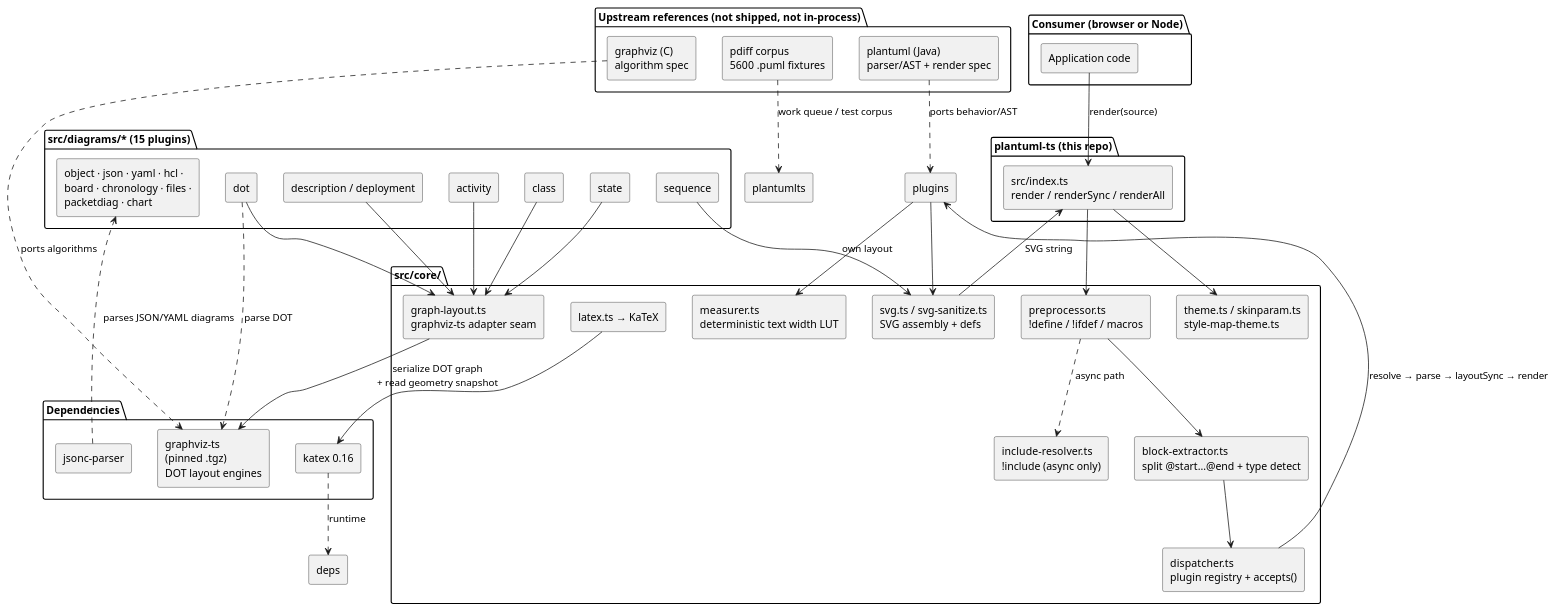
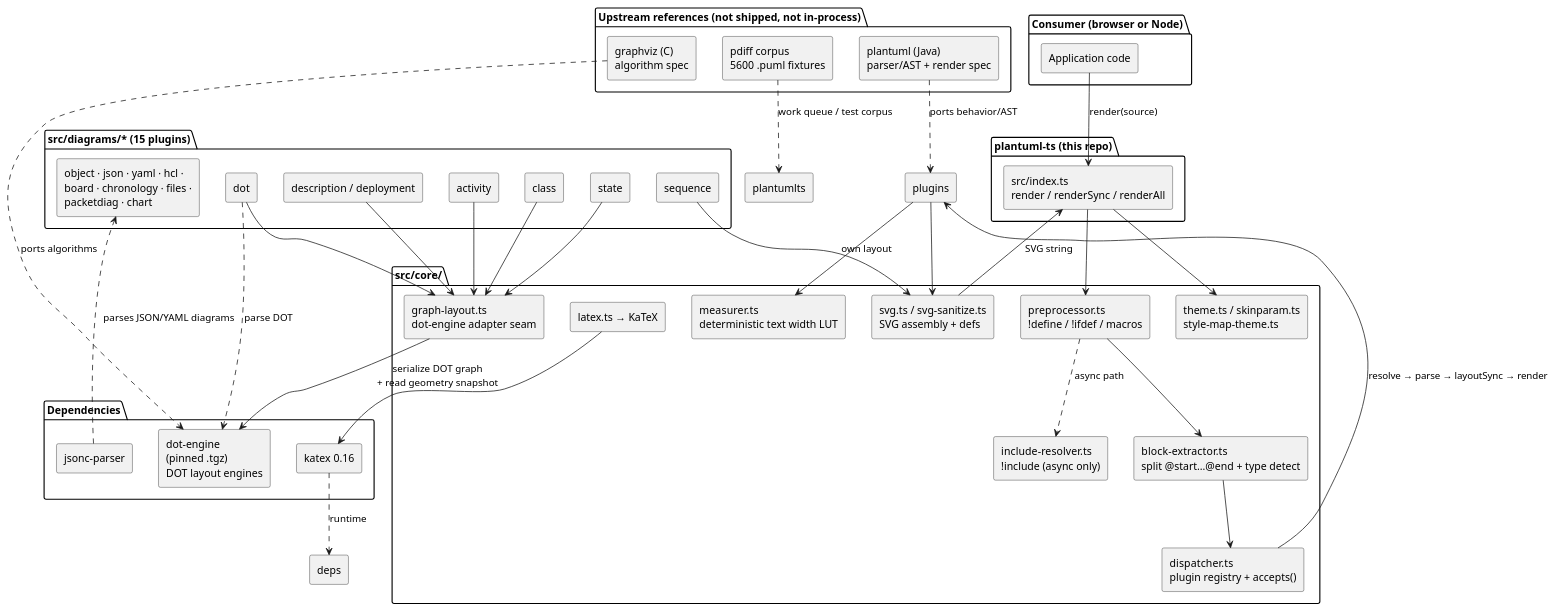
The diagram in docs/architecture/architecture.md (knowvah/plantuml-ts), drawn with PlantUML before and after one commit. The commit also changed other lines of this file and 111 other files, not shown here.

First line of the commit message:
docs: call the layout engine dot-engine throughout

````diff
--- a/docs/architecture/architecture.md
+++ b/docs/architecture/architecture.md
@@ -8,77 +8,77 @@
 ```plantuml
 @startuml
 skinparam componentStyle rectangle
 skinparam shadowing false
 
 package "Consumer (browser or Node)" {
   [Application code] as APP
 }
 
 package "plantuml-ts (this repo)" {
   [src/index.ts\nrender / renderSync / renderAll] as API
 }
 
 package "src/core/" {
   [preprocessor.ts\n!define / !ifdef / macros] as PRE
   [include-resolver.ts\n!include (async only)] as INC
   [block-extractor.ts\nsplit @start…@end + type detect] as BLK
   [theme.ts / skinparam.ts\nstyle-map-theme.ts] as THEME
   [dispatcher.ts\nplugin registry + accepts()] as DISP
   [measurer.ts\ndeterministic text width LUT] as MEAS
-  [graph-layout.ts\ngraphviz-ts adapter seam] as GL
+  [graph-layout.ts\ndot-engine adapter seam] as GL
   [svg.ts / svg-sanitize.ts\nSVG assembly + defs] as SVG
   [latex.ts → KaTeX] as LATEX
 }
 
 package "src/diagrams/* (15 plugins)" {
   [sequence] as SEQ
   [class] as CLS
   [state] as STA
   [description / deployment] as DESC
   [activity] as ACT
   [dot] as DOTP
   [object · json · yaml · hcl ·\nboard · chronology · files ·\npacketdiag · chart] as OTHER
 }
 
 package "Dependencies" {
-  [graphviz-ts\n(pinned .tgz)\nDOT layout engines] as GVTS
+  [dot-engine\n(pinned .tgz)\nDOT layout engines] as GVTS
   [katex 0.16] as KATEX
   [jsonc-parser] as JSONC
 }
 
 package "Upstream references (not shipped, not in-process)" {
   [plantuml (Java)\nparser/AST + render spec] as PUML
   [graphviz (C)\nalgorithm spec] as GVC
   [pdiff corpus\n5600 .puml fixtures] as PDIFF
 }
 
 [plugins] as plugins
 [plantumlts] as plantumlts
 [deps] as deps
 
 APP --> API : render(source)
 API --> PRE
 PRE --> BLK
 BLK --> DISP
 PRE ..> INC : async path
 API --> THEME
 DISP --> plugins : resolve → parse → layoutSync → render
 plugins --> MEAS
 SEQ --> SVG : own layout
 CLS --> GL
 STA --> GL
 DESC --> GL
 ACT --> GL
 DOTP --> GL
 GL --> GVTS : serialize DOT graph\n+ read geometry snapshot
 LATEX --> KATEX
 DOTP ..> GVTS : parse DOT
 plugins --> SVG
 SVG --> API : SVG string
 PUML ..> plugins : ports behavior/AST
 GVC ..> GVTS : ports algorithms
 PDIFF ..> plantumlts : work queue / test corpus
 KATEX ..> deps : runtime
 JSONC ..> OTHER : parses JSON/YAML diagrams
 @enduml
 ```
````
